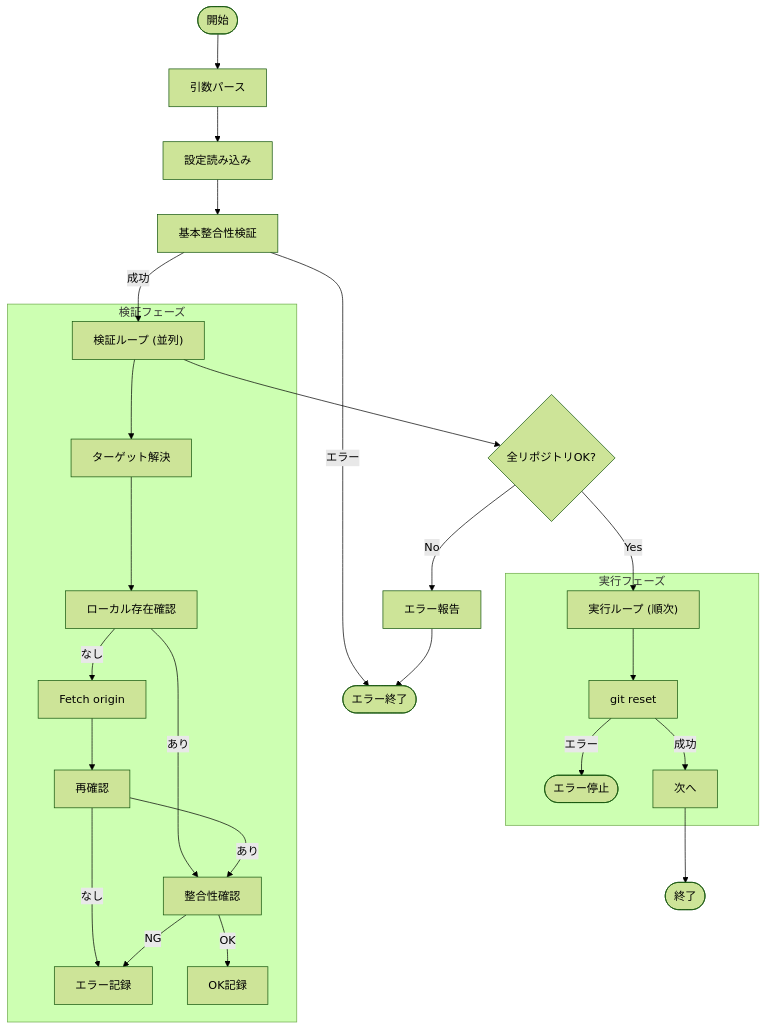
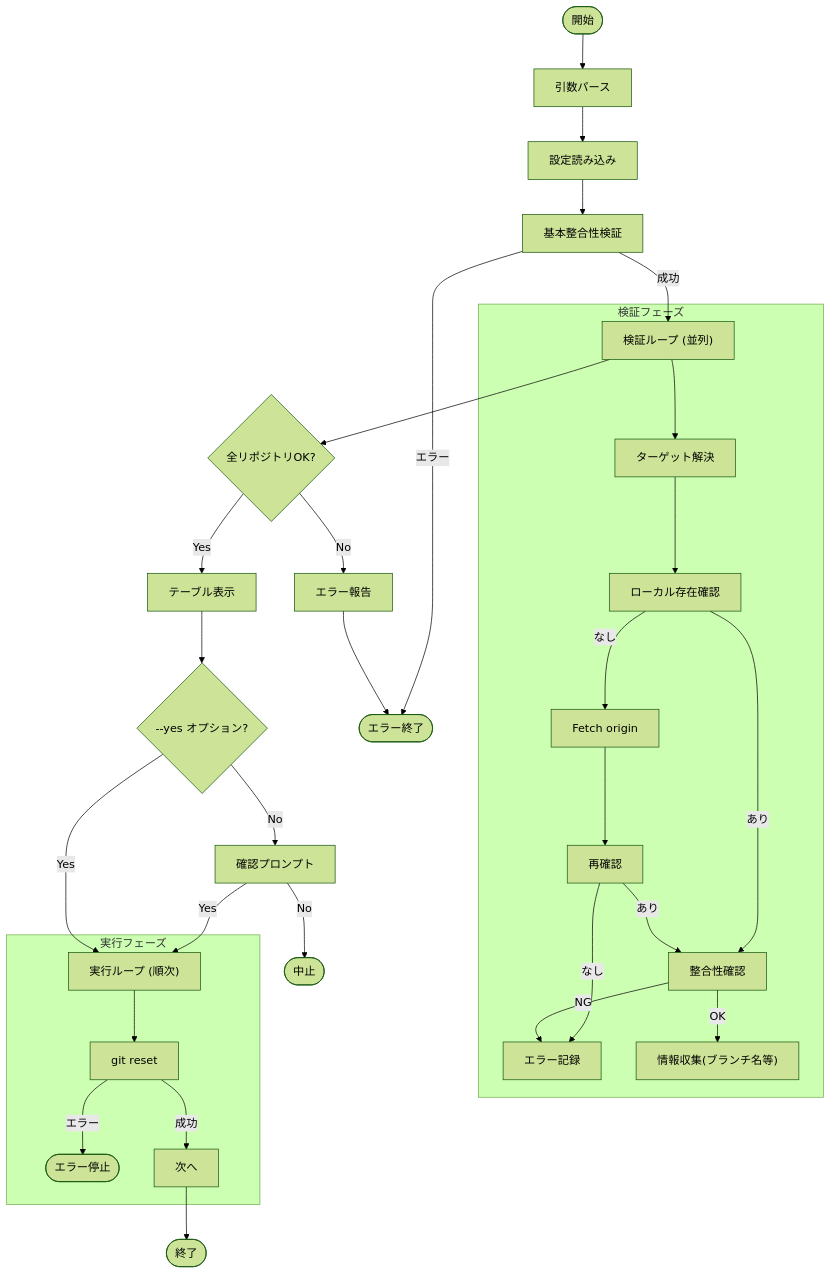
The diagram in docs/internal/app/reset.md (keiji/mistletoe), drawn with Mermaid (forest theme) before and after one commit. The commit also changed other lines of this file and 2 other files, not shown here.

First line of the commit message:
feat: add reset subcommand with confirmation prompt

````diff
--- a/docs/internal/app/reset.md
+++ b/docs/internal/app/reset.md
@@ -62,35 +78,41 @@
 ```mermaid
 flowchart TD
     Start(["開始"]) --> ParseArgs["引数パース"]
     ParseArgs --> LoadConfig["設定読み込み"]
 
     LoadConfig --> ValidateIntegrity["基本整合性検証"]
     ValidateIntegrity -- "エラー" --> ErrorExit(["エラー終了"])
 
     ValidateIntegrity -- "成功" --> CheckLoop["検証ループ (並列)"]
 
     subgraph "検証フェーズ"
         CheckLoop --> ResolveTarget["ターゲット解決"]
         ResolveTarget --> CheckLocal["ローカル存在確認"]
         CheckLocal -- "なし" --> Fetch["Fetch origin"]
         Fetch --> CheckRemote["再確認"]
         CheckLocal -- "あり" --> CheckSafe["整合性確認"]
         CheckRemote -- "なし" --> MarkError["エラー記録"]
         CheckRemote -- "あり" --> CheckSafe
 
         CheckSafe -- "NG" --> MarkError
-        CheckSafe -- "OK" --> MarkReady["OK記録"]
+        CheckSafe -- "OK" --> CollectInfo["情報収集(ブランチ名等)"]
     end
 
     CheckLoop --> VerifyAll{"全リポジトリOK?"}
     VerifyAll -- "No" --> ReportError["エラー報告"] --> ErrorExit
-    VerifyAll -- "Yes" --> ExecLoop["実行ループ (順次)"]
+    VerifyAll -- "Yes" --> DisplayTable["テーブル表示"]
+
+    DisplayTable --> CheckYes{"--yes オプション?"}
+    CheckYes -- "No" --> Prompt["確認プロンプト"]
+    Prompt -- "No" --> Stop(["中止"])
+    Prompt -- "Yes" --> ExecLoop["実行ループ (順次)"]
+    CheckYes -- "Yes" --> ExecLoop
 
     subgraph "実行フェーズ"
         ExecLoop --> GitReset["git reset <target>"]
         GitReset -- "エラー" --> ErrorReset(["エラー停止"])
         GitReset -- "成功" --> Next["次へ"]
     end
 
     Next --> End(["終了"])
 ```
````
